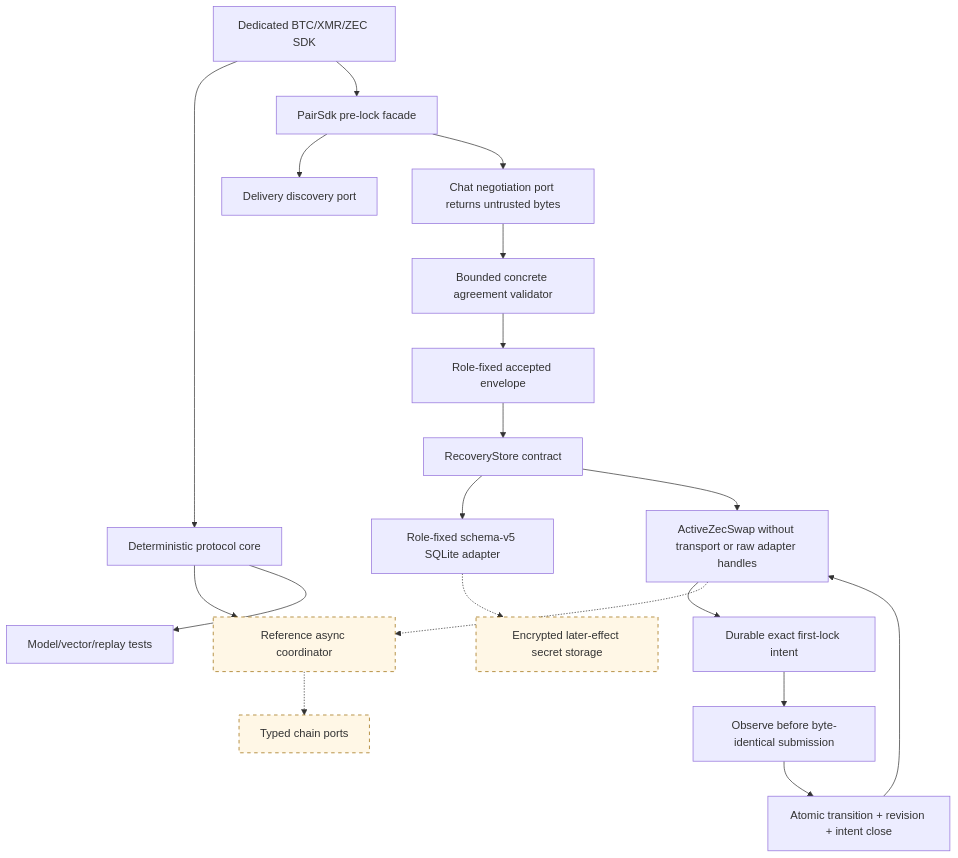
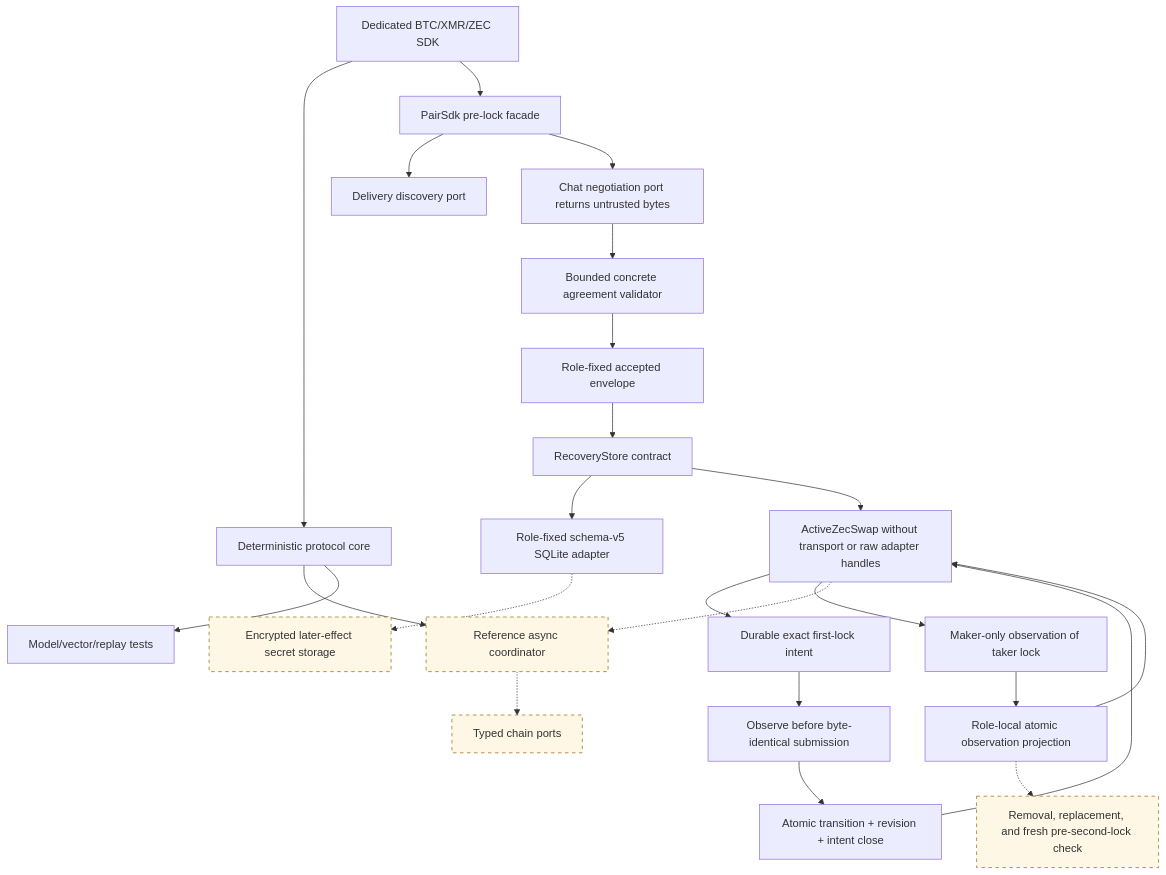
One commit to gateway-fm/lez-atomic-swaps changed the diagram in docs/architecture/0013-sdk-layering.md. Above: the diagram before and after it, drawn with Mermaid. The commit also changed other lines of this file and 19 other files, not shown here.

Commit message:
feat: persist maker taker-lock observations

````diff
--- a/docs/architecture/0013-sdk-layering.md
+++ b/docs/architecture/0013-sdk-layering.md
@@ -7,24 +7,28 @@
 ```mermaid
 flowchart TB
     Pair["Dedicated BTC/XMR/ZEC SDK"] --> Core["Deterministic protocol core"]
     Pair --> Facade["PairSdk pre-lock facade"]
     Facade --> Discovery["Delivery discovery port"]
     Facade --> Negotiation["Chat negotiation port returns untrusted bytes"]
     Negotiation --> Validator["Bounded concrete agreement validator"]
     Validator --> Accepted["Role-fixed accepted envelope"]
     Accepted --> Store["RecoveryStore contract"]
     Store --> SQLite["Role-fixed schema-v5 SQLite adapter"]
     Store --> Active["ActiveZecSwap without transport or raw adapter handles"]
     Active --> Intent["Durable exact first-lock intent"]
     Intent --> Observe["Observe before byte-identical submission"]
     Observe --> Projection["Atomic transition + revision + intent close"]
     Projection --> Active
+    Active --> MakerObserve["Maker-only observation of taker lock"]
+    MakerObserve --> MakerProjection["Role-local atomic observation projection"]
+    MakerProjection --> Active
+    MakerProjection -.-> Reconcile["Removal, replacement, and fresh pre-second-lock check"]
     Active -.-> Runtime["Reference async coordinator"]
     Runtime -.-> Nodes["Typed chain ports"]
     SQLite -.-> Encrypted["Encrypted later-effect secret storage"]
     Core --> Runtime
     Core --> Tests["Model/vector/replay tests"]
 
     classDef planned stroke-dasharray: 5 5,fill:#fff7e6,stroke:#9a6700;
-    class Runtime,Nodes,Encrypted planned;
+    class Runtime,Nodes,Encrypted,Reconcile planned;
 ```
````
